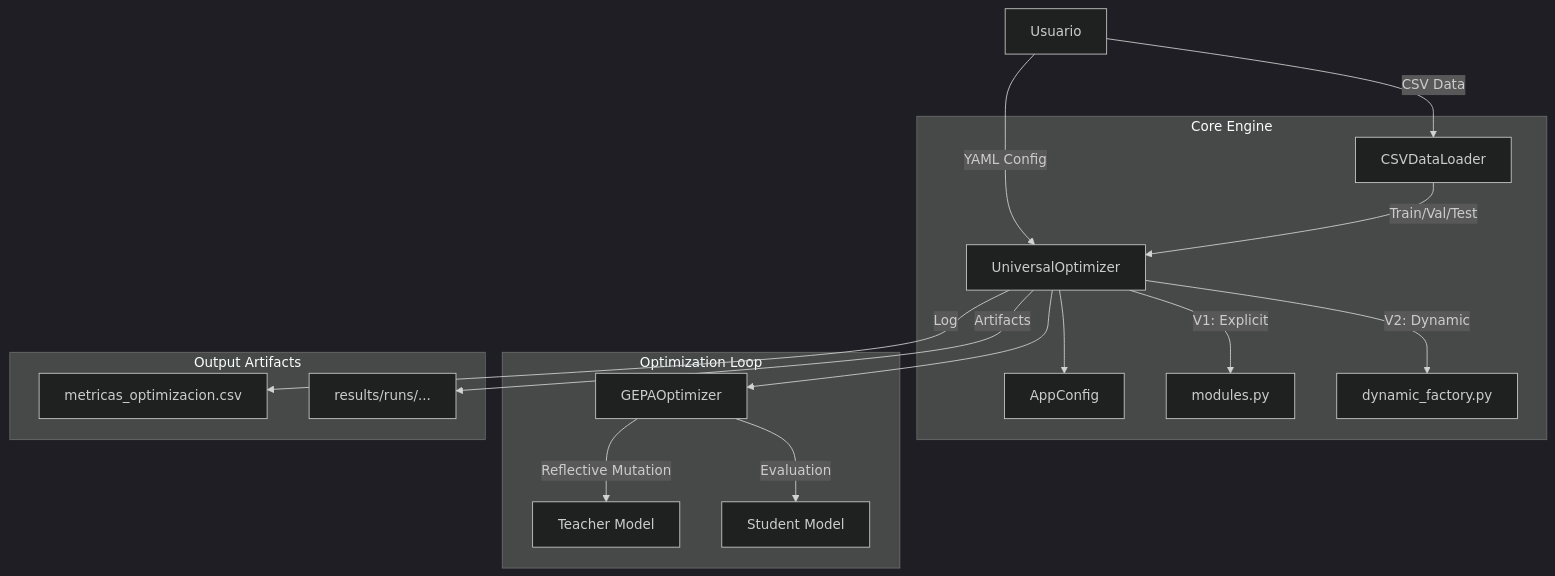
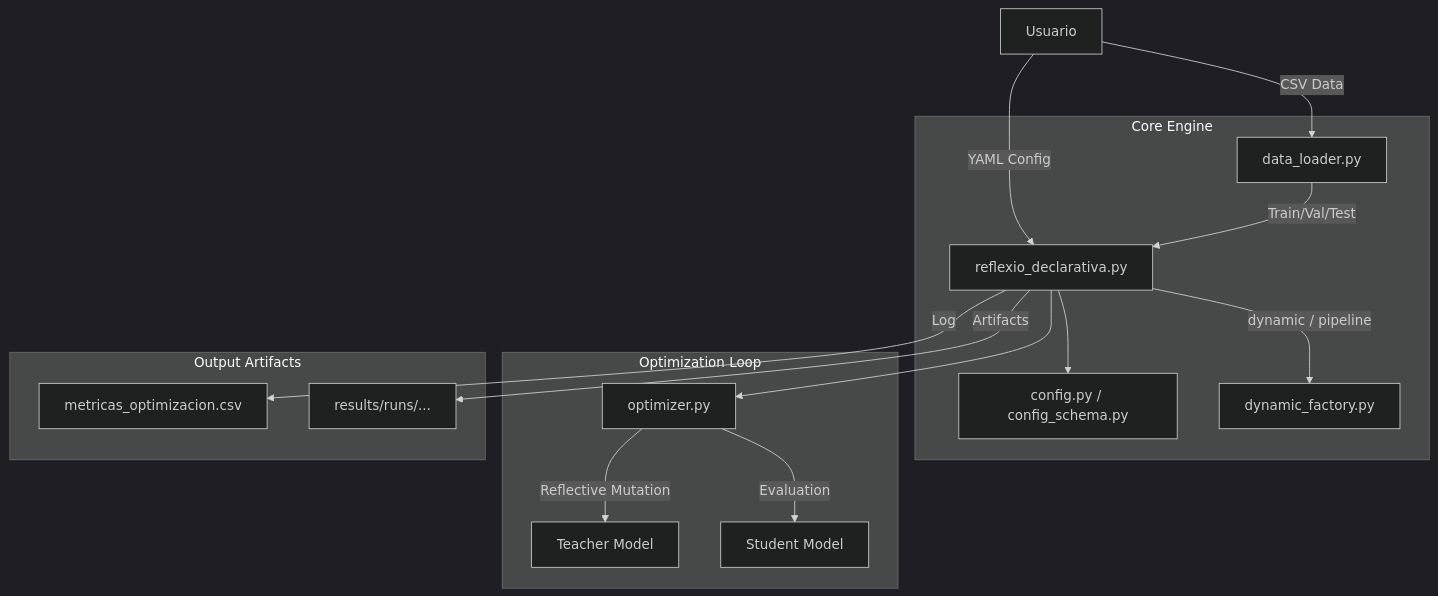
The diagram in docs/GEPA_STANDALONE_EN_DSPY_ANALISIS.md (mberliner/reflexio), drawn with Mermaid (dark theme) before and after one commit. The commit also changed other lines of this file and 7 other files, not shown here.

````diff
--- a/docs/GEPA_STANDALONE_EN_DSPY_ANALISIS.md
+++ b/docs/GEPA_STANDALONE_EN_DSPY_ANALISIS.md
@@ -14,24 +16,23 @@
 ```mermaid
 graph TD
-    User[Usuario] -->|YAML Config| UniversalOptimizer
-    User -->|CSV Data| CSVDataLoader
-    
+    User[Usuario] -->|YAML Config| ReflexioDeclarativa[reflexio_declarativa.py]
+    User -->|CSV Data| CSVDataLoader[data_loader.py]
+
     subgraph Core Engine
-        UniversalOptimizer --> AppConfig
-        UniversalOptimizer -->|V1: Explicit| ModulesPy[modules.py]
-        UniversalOptimizer -->|V2: Dynamic| DynamicFactory[dynamic_factory.py]
-        
-        CSVDataLoader -->|Train/Val/Test| UniversalOptimizer
+        ReflexioDeclarativa --> AppConfig[config.py / config_schema.py]
+        ReflexioDeclarativa -->|dynamic / pipeline| DynamicFactory[dynamic_factory.py]
+
+        CSVDataLoader -->|Train/Val/Test| ReflexioDeclarativa
     end
-    
+
     subgraph Optimization Loop
-        UniversalOptimizer --> GEPAOptimizer
+        ReflexioDeclarativa --> GEPAOptimizer[optimizer.py]
         GEPAOptimizer -->|Reflective Mutation| ReflectionLLM[Teacher Model]
         GEPAOptimizer -->|Evaluation| TaskLLM[Student Model]
     end
-    
+
     subgraph Output Artifacts
-        UniversalOptimizer -->|Log| MasterLog[metricas_optimizacion.csv]
-        UniversalOptimizer -->|Artifacts| RunFolder[results/runs/...]
+        ReflexioDeclarativa -->|Log| MasterLog[metricas_optimizacion.csv]
+        ReflexioDeclarativa -->|Artifacts| RunFolder[results/runs/...]
     end
 ```
````
